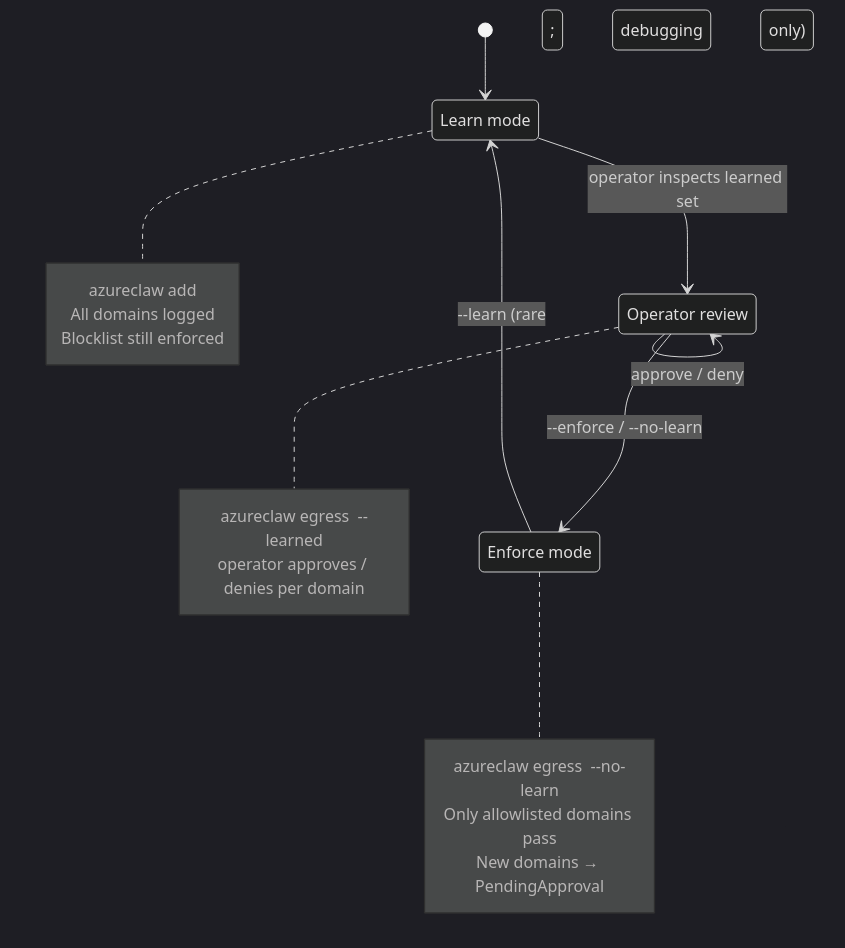
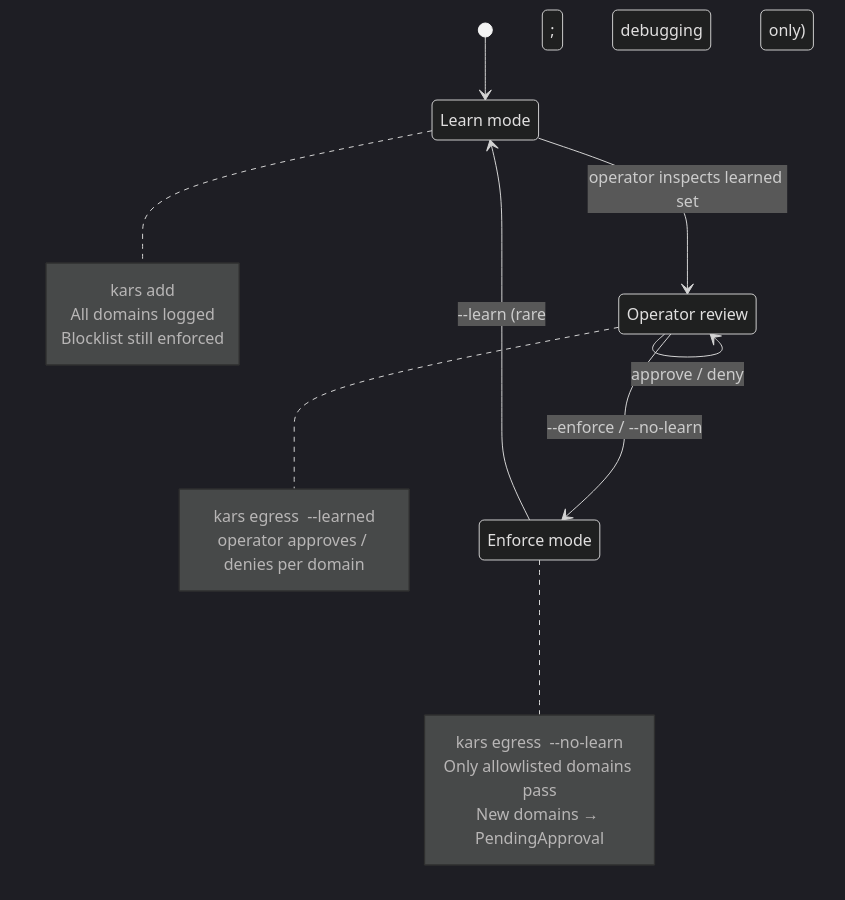
Before and after one commit to lachie83/kars: the second of 2 diagrams in docs/egress-proxy.md, drawn with Mermaid (dark theme). The commit also changed other lines of this file and 694 other files, not shown here.

````diff
--- a/docs/egress-proxy.md
+++ b/docs/egress-proxy.md
@@ -169,25 +169,25 @@
 ```mermaid
 stateDiagram-v2
   state "Learn mode" as Learn
   state "Operator review" as Review
   state "Enforce mode" as Enforce
   [*] --> Learn
   note right of Learn
-    azureclaw add <name>
+    kars add <name>
     All domains logged
     Blocklist still enforced
   end note
   note right of Review
-    azureclaw egress <name> --learned
+    kars egress <name> --learned
     operator approves / denies per domain
   end note
   note right of Enforce
-    azureclaw egress <name> --no-learn
+    kars egress <name> --no-learn
     Only allowlisted domains pass
     New domains → PendingApproval
   end note
   Learn --> Review: operator inspects learned set
   Review --> Review: approve / deny
   Review --> Enforce: --enforce / --no-learn
   Enforce --> Learn: --learn (rare; debugging only)
 ```
````
